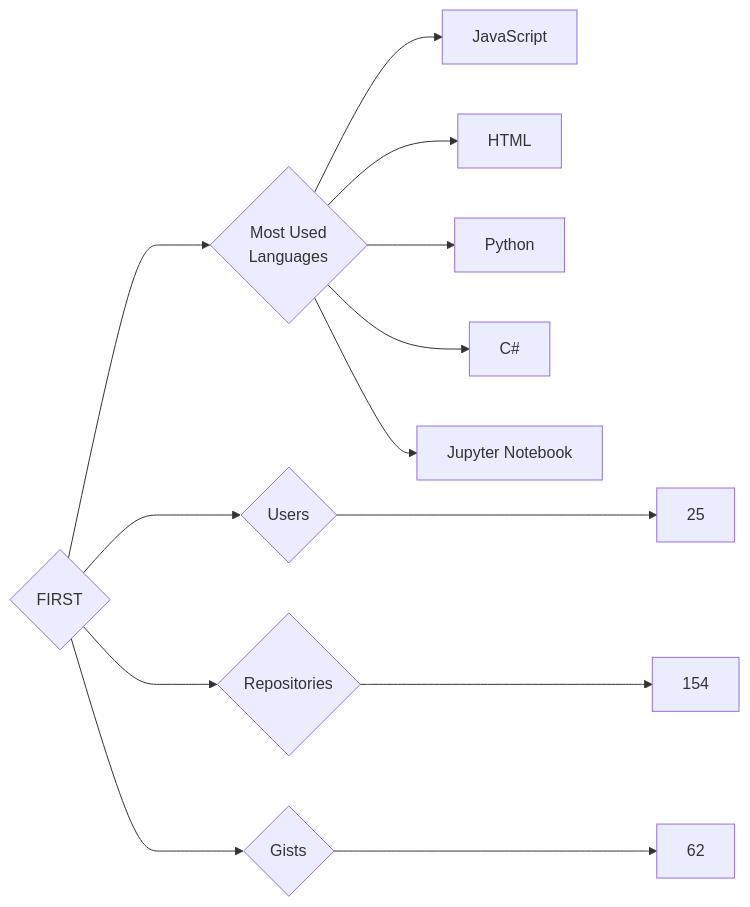
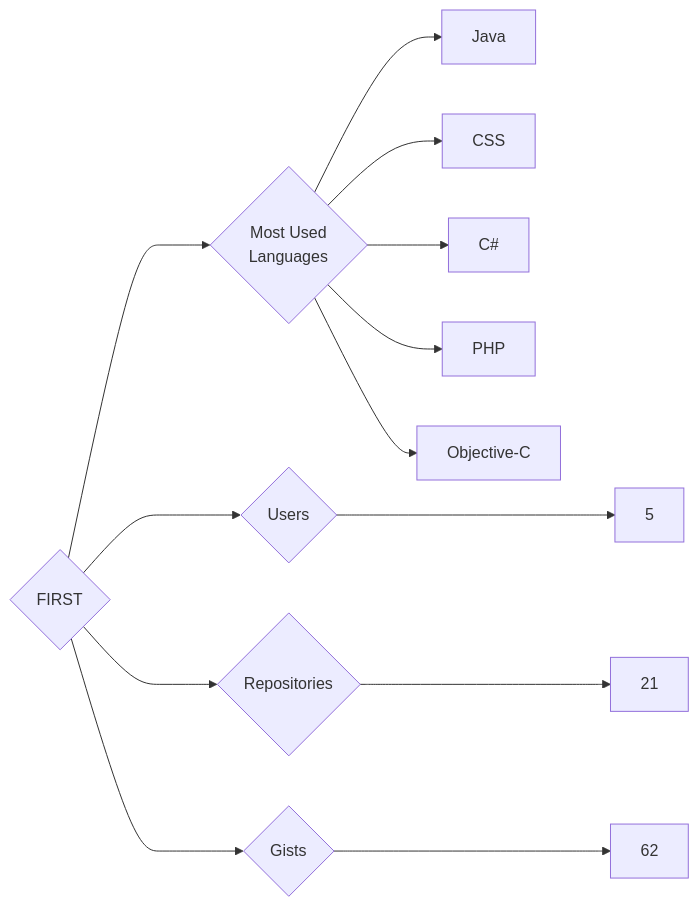
One commit to trickest/insiders changed the diagram in targets/FIRST/README.md. Above: the diagram before and after it, drawn with Mermaid. The commit also changed 1084 other files, not shown here.

````diff
--- a/targets/FIRST/README.md
+++ b/targets/FIRST/README.md
@@ -3,13 +3,13 @@
 ```mermaid
 graph LR
 COMPANY_NAME{FIRST}
-COMPANY_NAME ---> U{Users} ---> UN[25]
-COMPANY_NAME ---> R{Repositories} ---> RN[154]
+COMPANY_NAME ---> U{Users} ---> UN[5]
+COMPANY_NAME ---> R{Repositories} ---> RN[21]
 COMPANY_NAME ---> G{Gists} ---> GN[62]
 COMPANY_NAME ---> ML{Most Used<br>Languages}
-ML --> JavaScript[JavaScript]
-ML --> HTML[HTML]
-ML --> Python[Python]
+ML --> Java[Java]
+ML --> CSS[CSS]
 ML --> C#[C#]
-ML --> Jupyter_Notebook[Jupyter Notebook]
+ML --> PHP[PHP]
+ML --> Objective-C[Objective-C]
 ```
````
